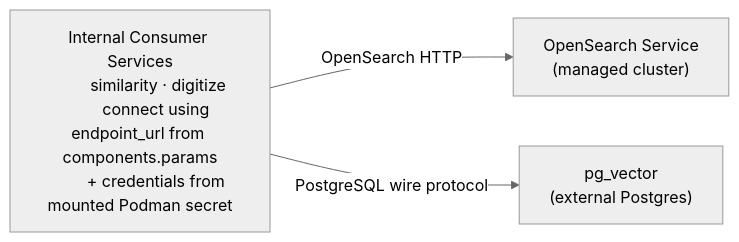
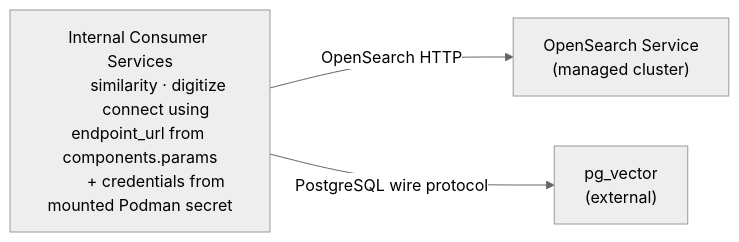
One commit to IBM/project-ai-services changed the second of 3 diagrams in docs/proposals/catalog/vector-store-connectors-proposal.md. Above: the diagram before and after it, drawn with Mermaid (neutral theme). The commit also changed other lines of this file, not shown here.

````diff
--- a/docs/proposals/catalog/vector-store-connectors-proposal.md
+++ b/docs/proposals/catalog/vector-store-connectors-proposal.md
@@ -124,13 +124,13 @@
 ```mermaid
 flowchart LR
     CS["Internal Consumer Services
         similarity · digitize
         connect using endpoint_url from components.params
         + credentials from mounted Podman secret"]
 
     CS -->|"OpenSearch HTTP"| RO["OpenSearch Service
                                    (managed cluster)"]
 
     CS -->|"PostgreSQL wire protocol"| RP["pg_vector
-                                           (external Postgres)"]
+                                           (external)"]
 ```
````
